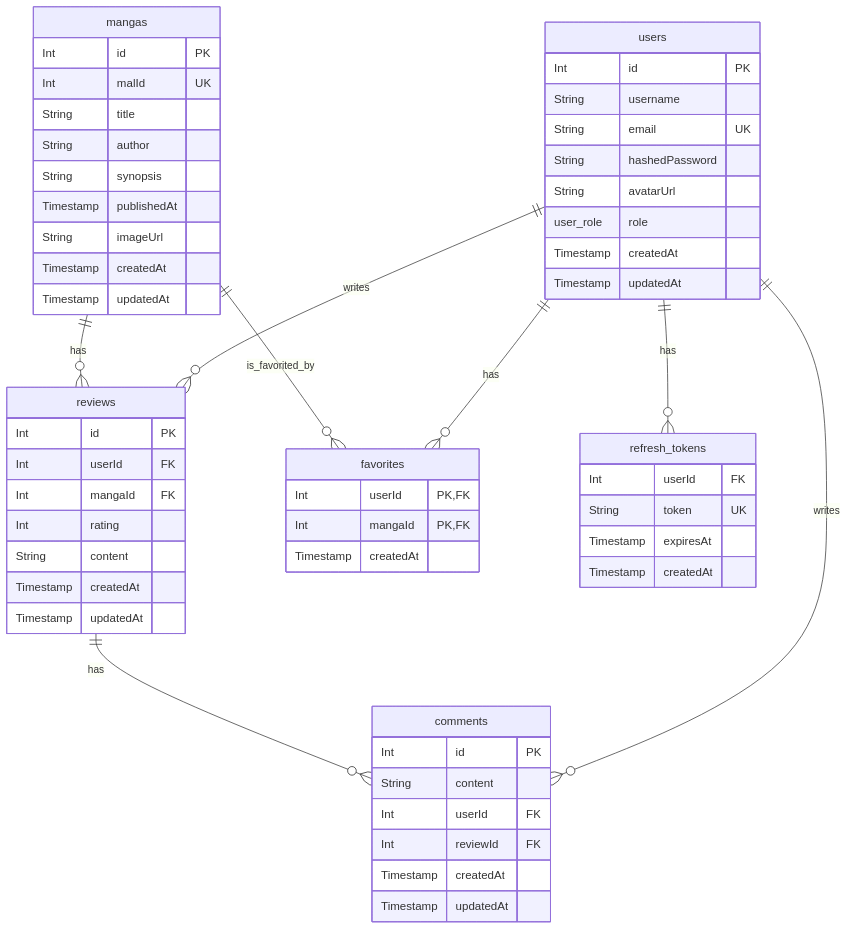
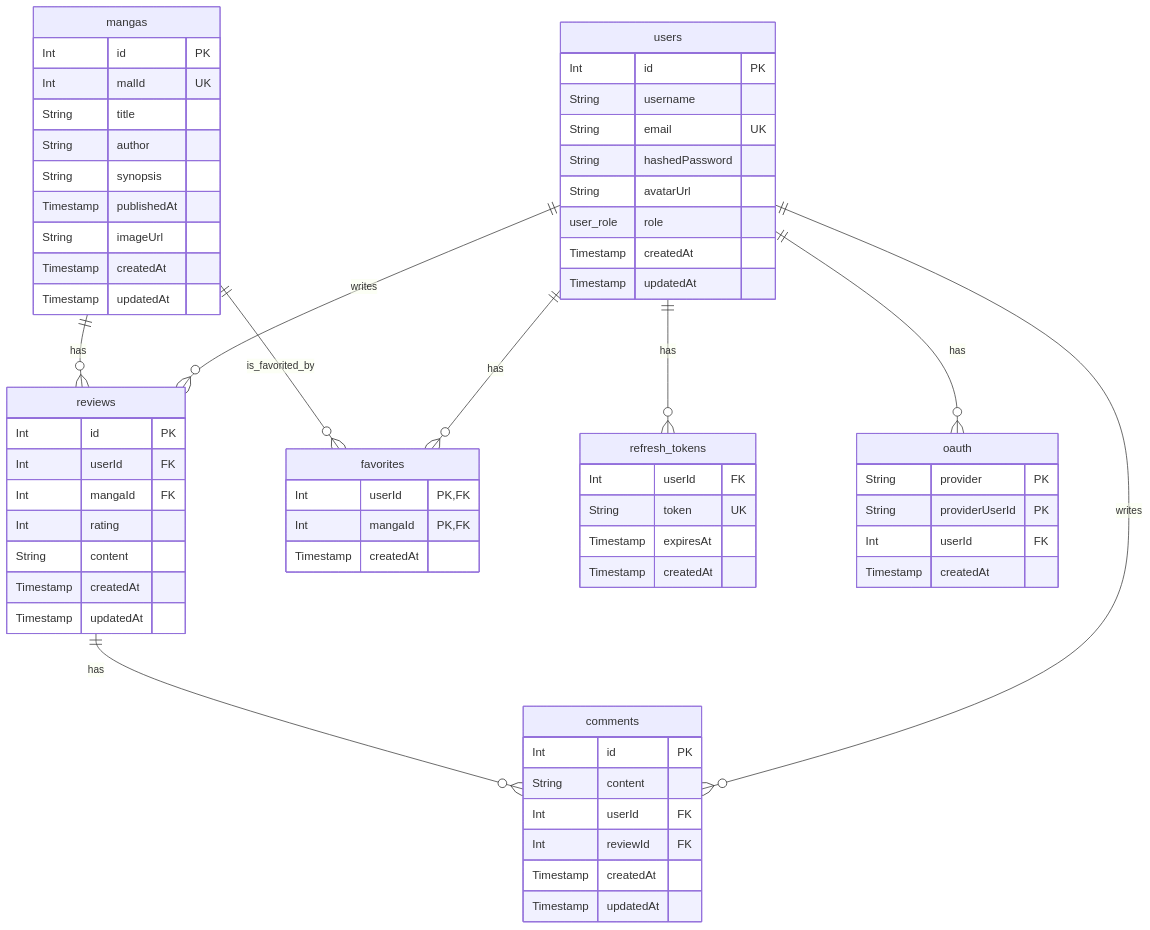
One commit to seolman/bookreview changed the diagram in docs/db-schema.md. Above: the diagram before and after it, drawn with Mermaid. The commit also changed other lines of this file and 5 other files, not shown here.

````diff
--- a/docs/db-schema.md
+++ b/docs/db-schema.md
@@ -5,60 +5,67 @@
 ```mermaid
 erDiagram
     users {
         Int id PK
         String username
         String email UK
         String hashedPassword
         String avatarUrl
         user_role role
         Timestamp createdAt
         Timestamp updatedAt
     }
     mangas {
         Int id PK
         Int malId UK
         String title
         String author
         String synopsis
         Timestamp publishedAt
         String imageUrl
         Timestamp createdAt
         Timestamp updatedAt
     }
     reviews {
         Int id PK
         Int userId FK
         Int mangaId FK
         Int rating
         String content
         Timestamp createdAt
         Timestamp updatedAt
     }
     comments {
         Int id PK
         String content
         Int userId FK
         Int reviewId FK
         Timestamp createdAt
         Timestamp updatedAt
     }
     favorites {
         Int userId PK, FK
         Int mangaId PK, FK
         Timestamp createdAt
     }
     refresh_tokens {
         Int userId FK
         String token UK
         Timestamp expiresAt
         Timestamp createdAt
     }
+    oauth {
+        String provider PK
+        String providerUserId PK
+        Int userId FK
+        Timestamp createdAt
+    }
 
     users ||--o{ reviews : "writes"
     users ||--o{ comments : "writes"
     users ||--o{ favorites : "has"
     users ||--o{ refresh_tokens : "has"
+    users ||--o{ oauth : "has"
     mangas ||--o{ reviews : "has"
     mangas ||--o{ favorites : "is_favorited_by"
     reviews ||--o{ comments : "has"
 ```
````
